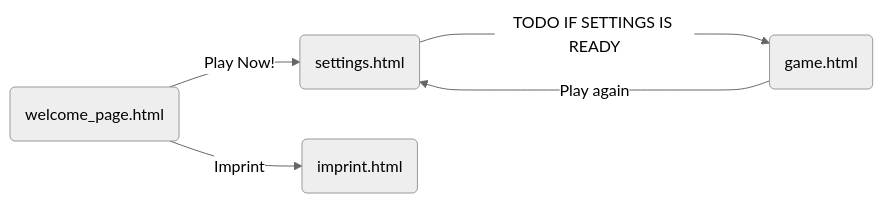
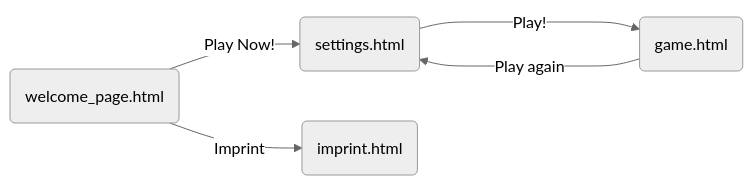
The diagram in technical_documentation.md (BaitAPI/ChessDestroyer), drawn with Mermaid (neutral theme) before and after one commit. The commit also changed other lines of this file, not shown here.

````diff
--- a/technical_documentation.md
+++ b/technical_documentation.md
@@ -20,13 +20,13 @@
 ```mermaid
 flowchart  LR
 
 A("welcome_page.html")
 B("settings.html")
 C("imprint.html")
 D("game.html")
 
 A -- "Play Now!" --> B
 A -- "Imprint" --> C
-B -- "TODO IF SETTINGS IS READY" --> D
+B -- "Play!" --> D
 D -- "Play again" ----> B
 ```
````
